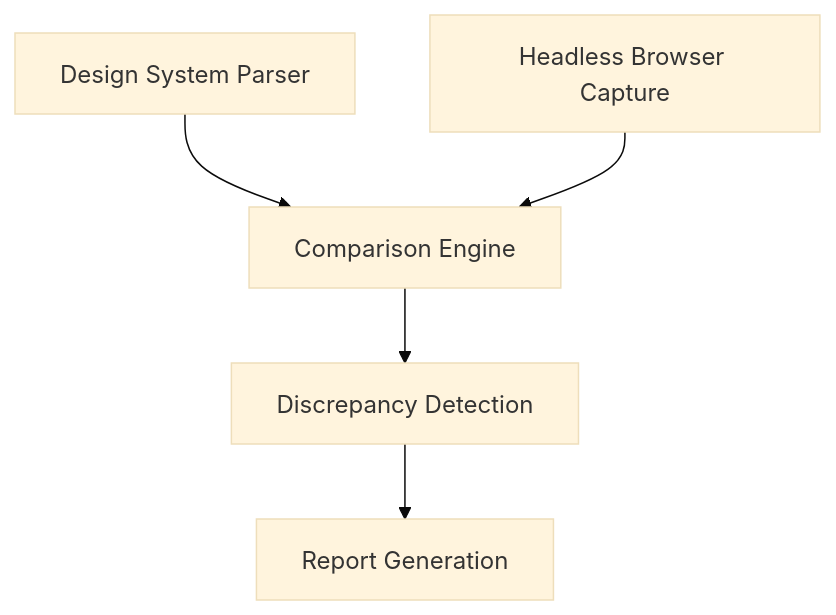
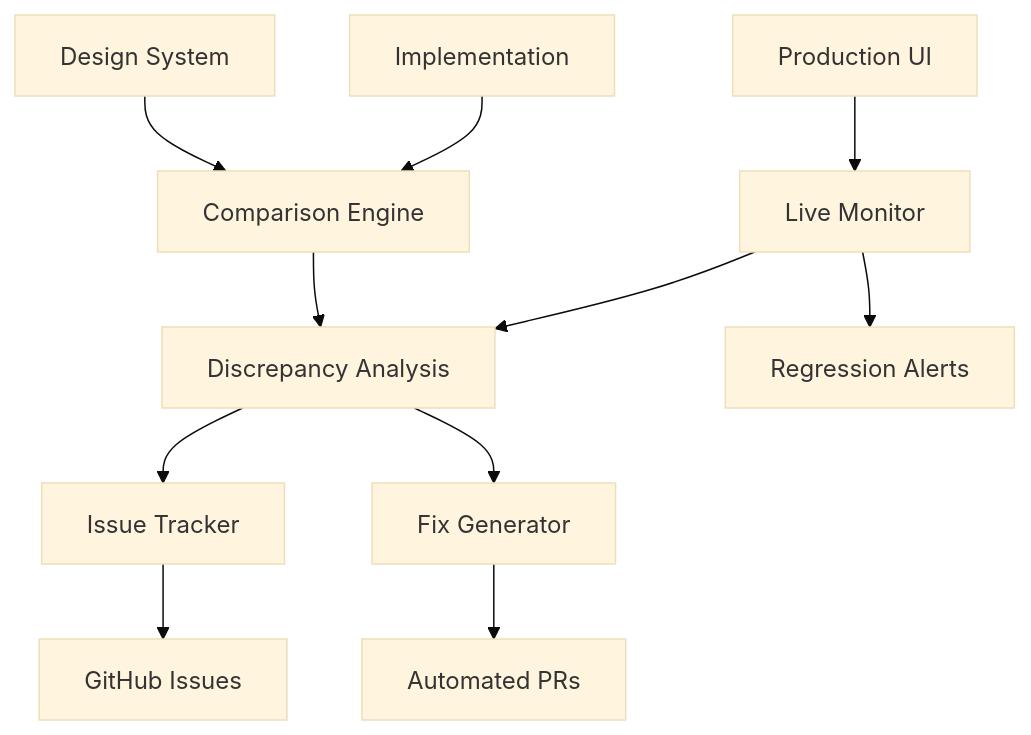
The diagram in README.md (scottvr/oculusqasum), drawn with Mermaid (base theme) before and after one commit.

````diff
--- a/README.md
+++ b/README.md
@@ -56,7 +56,14 @@
 ``` mermaid
 graph TD
-    A[Design System Parser] --> C[Comparison Engine]
-    B[Headless Browser Capture] --> C
-    C --> D[Discrepancy Detection]
-    D --> E[Report Generation]
+    A[Design System] --> C[Comparison Engine]
+    B[Implementation] --> C
+    C --> D[Discrepancy Analysis]
+    D --> E[Issue Tracker]
+    D --> F[Fix Generator]
+    G[Production UI] --> H[Live Monitor]
+    H --> D
+    
+    E --> I[GitHub Issues]
+    F --> J[Automated PRs]
+    H --> K[Regression Alerts]
 ```
````
